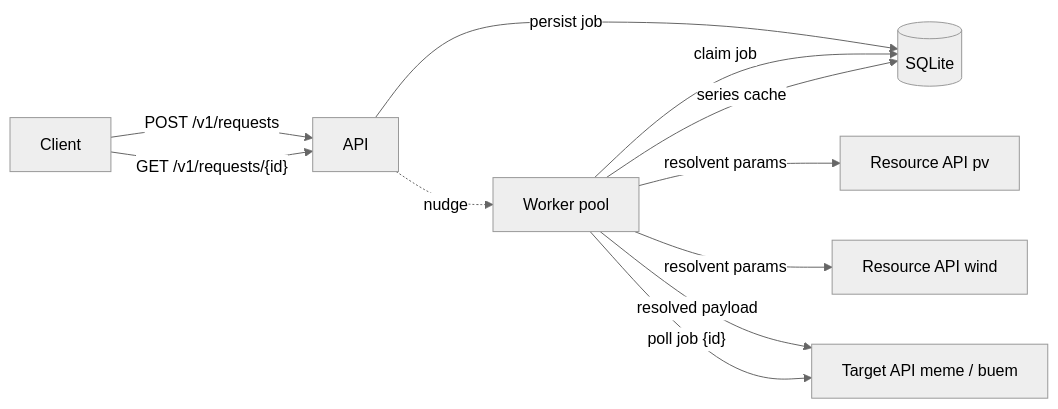
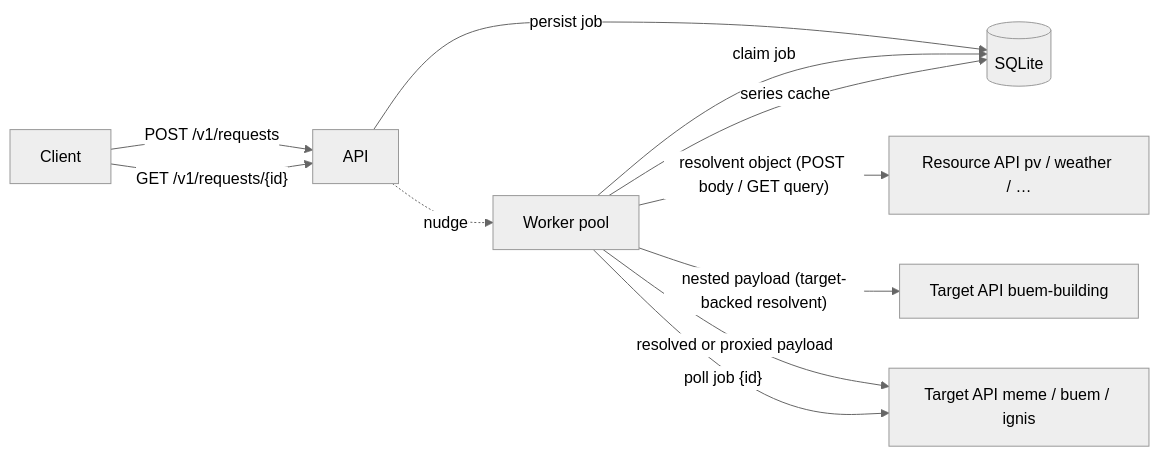
One commit to enerplanet/TentaCron changed the first of 2 diagrams in docs/architecture.md. Above: the diagram before and after it, drawn with Mermaid (neutral theme). The commit also changed other lines of this file and 6 other files, not shown here.

````diff
--- a/docs/architecture.md
+++ b/docs/architecture.md
@@ -9,13 +9,13 @@
 ```mermaid
 flowchart LR
     C[Client] -->|"POST /v1/requests"| A[API]
     C -->|"GET /v1/requests/{id}"| A
     A -->|persist job| DB[(SQLite)]
     A -.nudge.-> W[Worker pool]
     W -->|claim job| DB
-    W -->|resolvent params| R1[Resource API pv]
-    W -->|resolvent params| R2[Resource API wind]
-    W -->|resolved payload| T[Target API meme / buem]
+    W -->|"resolvent object (POST body / GET query)"| R1[Resource API pv / weather / …]
+    W -->|"nested payload (target-backed resolvent)"| T2[Target API buem-building]
+    W -->|resolved or proxied payload| T[Target API meme / buem / ignis]
     W -->|"poll job {id}"| T
     W -->|series cache| DB
 ```
````
